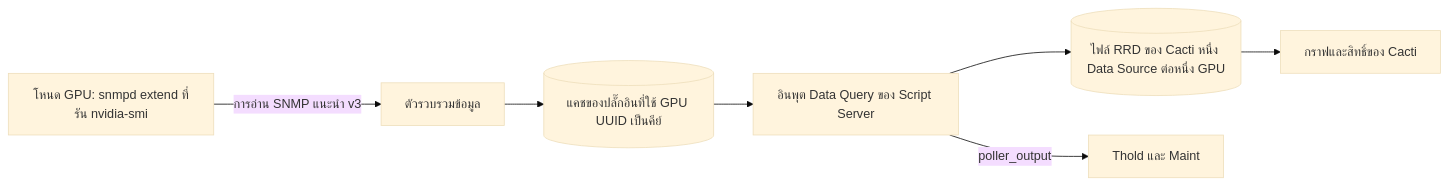
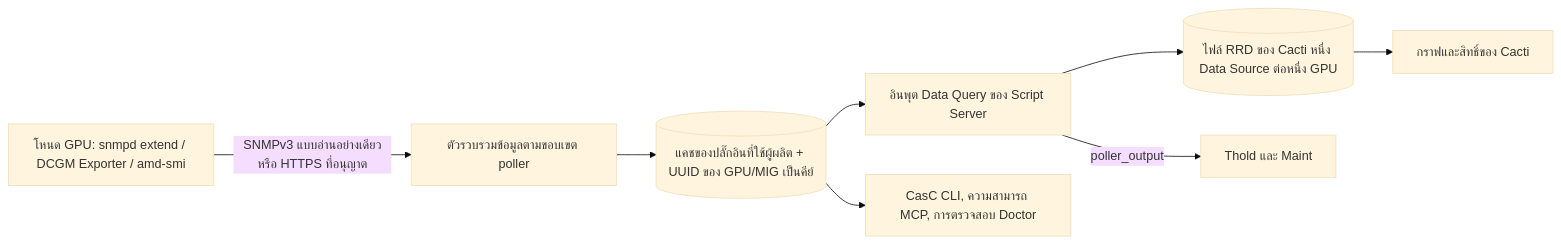
One commit to somethingwithproof/plugin_gpu changed the diagram in docs/i18n/th-TH/README.md. Above: the diagram before and after it, drawn with Mermaid (base theme). The commit also changed other lines of this file and 47 other files, not shown here.

````diff
--- a/docs/i18n/th-TH/README.md
+++ b/docs/i18n/th-TH/README.md
@@ -106,9 +106,10 @@
 ```mermaid
 flowchart LR
-    NODE[โหนด GPU: snmpd extend ที่รัน nvidia-smi] -->|การอ่าน SNMP แนะนำ v3| C[ตัวรวบรวมข้อมูล]
-    C --> CACHE[(แคชของปลั๊กอินที่ใช้ GPU UUID เป็นคีย์)]
-    CACHE --> SS[อินพุต Data Query ของ Script Server]
-    SS --> RRD[(ไฟล์ RRD ของ Cacti หนึ่ง Data Source ต่อหนึ่ง GPU)]
-    SS -->|poller_output| T[Thold และ Maint]
-    RRD --> G[กราฟและสิทธิ์ของ Cacti]
+    NODE["โหนด GPU: snmpd extend / DCGM Exporter / amd-smi"] -->|"SNMPv3 แบบอ่านอย่างเดียวหรือ HTTPS ที่อนุญาต"| C["ตัวรวบรวมข้อมูลตามขอบเขต poller"]
+    C --> CACHE[("แคชของปลั๊กอินที่ใช้ผู้ผลิต + UUID ของ GPU/MIG เป็นคีย์")]
+    CACHE --> SS["อินพุต Data Query ของ Script Server"]
+    CACHE --> ECO["CasC CLI, ความสามารถ MCP, การตรวจสอบ Doctor"]
+    SS --> RRD[("ไฟล์ RRD ของ Cacti หนึ่ง Data Source ต่อหนึ่ง GPU")]
+    SS -->|poller_output| T["Thold และ Maint"]
+    RRD --> G["กราฟและสิทธิ์ของ Cacti"]
 ```
````
